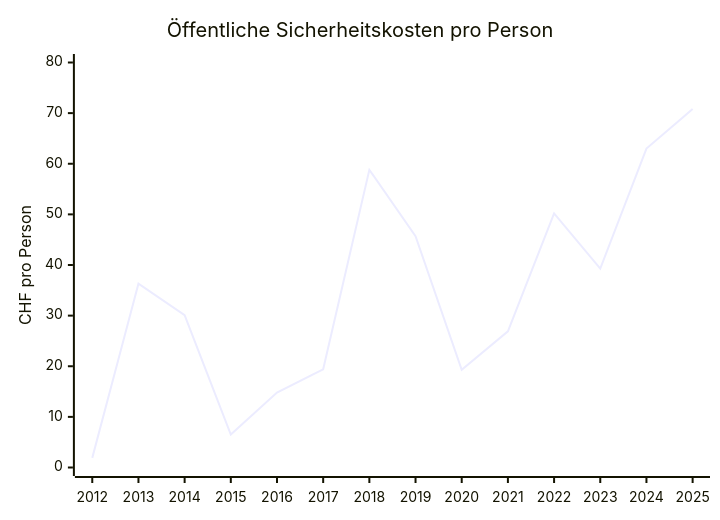
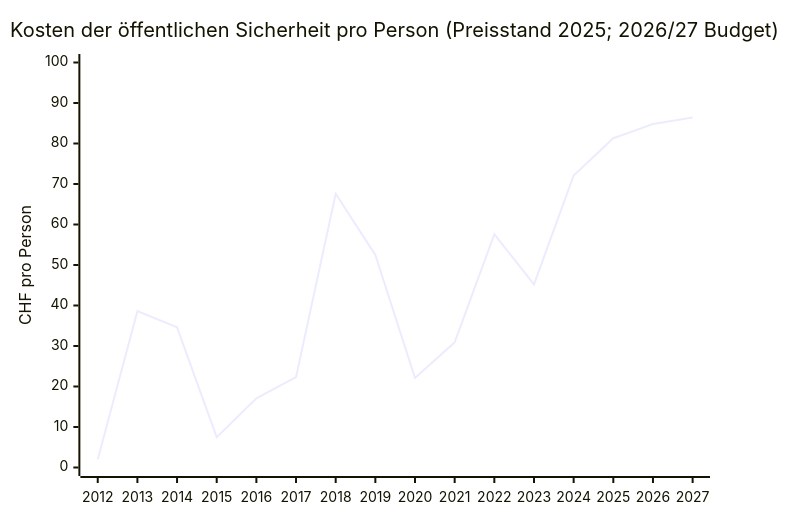
One commit to risajef/risajef.github.io changed the sixth of 14 diagrams in docs/politik/finanzen-beringen.de.md. Above: the diagram before and after it, drawn with Mermaid. The commit also changed other lines of this file and 1 other file, not shown here.

````diff
--- a/docs/politik/finanzen-beringen.de.md
+++ b/docs/politik/finanzen-beringen.de.md
@@ -90,7 +115,7 @@
 ```mermaid
 xychart
-title "Öffentliche Sicherheitskosten pro Person"
-x-axis [2012, 2013, 2014, 2015, 2016, 2017, 2018, 2019, 2020, 2021, 2022, 2023, 2024, 2025]
-y-axis  "CHF pro Person" 0 --> 80
-line [1.9, 36.3, 30.1, 6.5, 14.8, 19.4, 58.8, 45.7, 19.3, 26.9, 50.2, 39.3, 63.0, 70.8]
+title "Kosten der öffentlichen Sicherheit pro Person (Preisstand 2025; 2026/27 Budget)"
+x-axis [2012, 2013, 2014, 2015, 2016, 2017, 2018, 2019, 2020, 2021, 2022, 2023, 2024, 2025, 2026, 2027]
+y-axis  "CHF pro Person" 0 --> 100
+line [2.0, 38.6, 34.6, 7.5, 17.1, 22.3, 67.6, 52.5, 22.1, 30.9, 57.6, 45.2, 72.1, 81.3, 84.8, 86.4]
 ```
````
